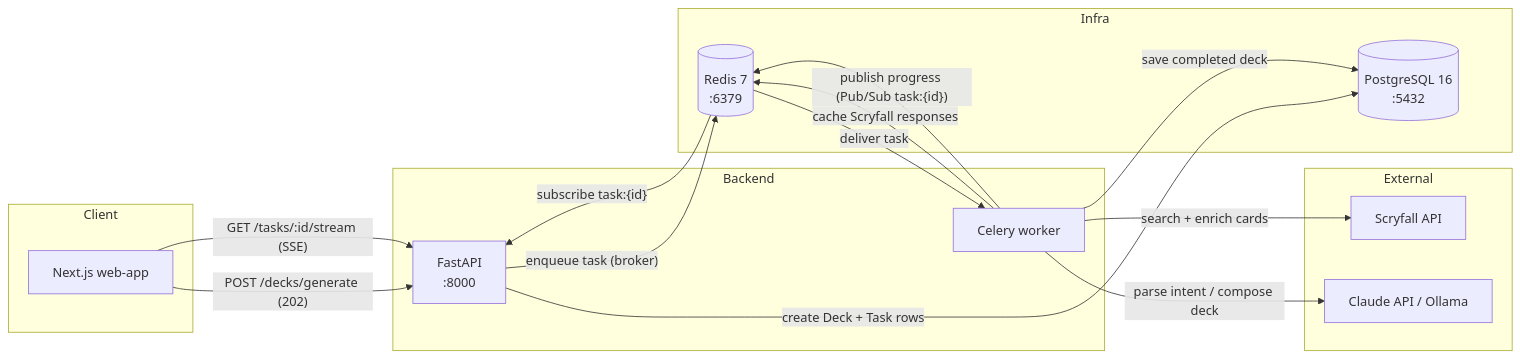
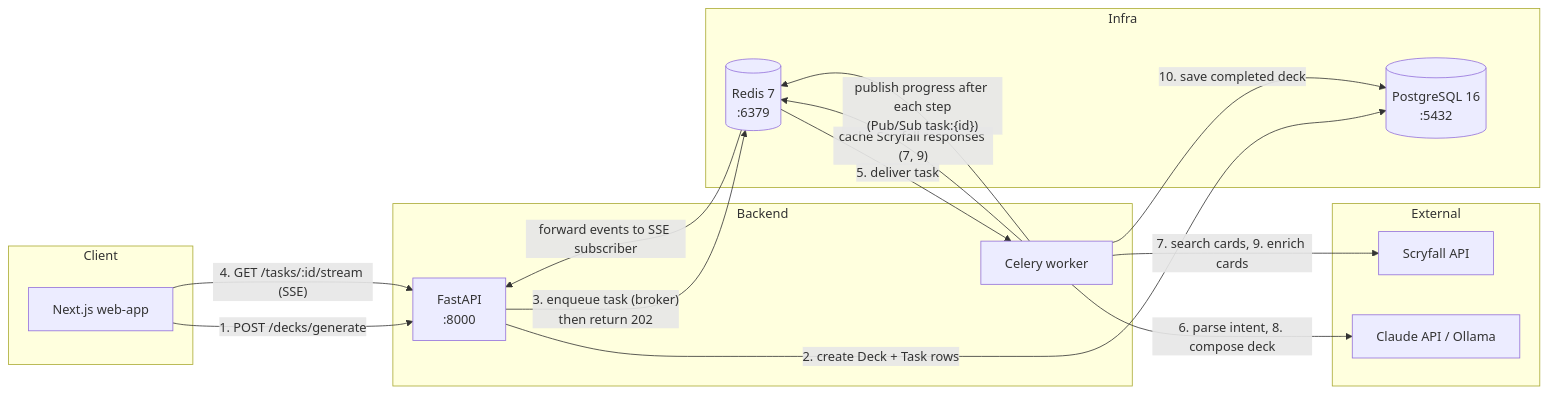
One commit to RobertGleison/magic-grimoire changed the first of 5 diagrams in apps/api-server/README.md. Above: the diagram before and after it, drawn with Mermaid. The commit also changed other lines of this file, not shown here.

Commit message:
docs: number architecture diagram steps and add ordered walkthrough
The flowchart showed connections but not chronology, making the event
order hard to follow. Number the edges 1-10 and add a step-by-step
walkthrough below the diagram.

````diff
--- a/apps/api-server/README.md
+++ b/apps/api-server/README.md
@@ -33,33 +33,33 @@
 ```mermaid
 flowchart LR
     subgraph Client
         FE[Next.js web-app]
     end
 
     subgraph Backend
         API[FastAPI<br/>:8000]
         W[Celery worker]
     end
 
     subgraph Infra
         PG[(PostgreSQL 16<br/>:5432)]
         RD[(Redis 7<br/>:6379)]
     end
 
     subgraph External
         LLM[Claude API / Ollama]
         SCRY[Scryfall API]
     end
 
-    FE -- "POST /decks/generate (202)" --> API
-    FE -- "GET /tasks/:id/stream (SSE)" --> API
-    API -- "create Deck + Task rows" --> PG
-    API -- "enqueue task (broker)" --> RD
-    RD -- "deliver task" --> W
-    W -- "parse intent / compose deck" --> LLM
-    W -- "search + enrich cards" --> SCRY
-    W -- "cache Scryfall responses" --> RD
-    W -- "publish progress (Pub/Sub task:{id})" --> RD
-    RD -- "subscribe task:{id}" --> API
-    W -- "save completed deck" --> PG
+    FE -- "1. POST /decks/generate" --> API
+    API -- "2. create Deck + Task rows" --> PG
+    API -- "3. enqueue task (broker)<br/>then return 202" --> RD
+    FE -- "4. GET /tasks/:id/stream (SSE)" --> API
+    RD -- "5. deliver task" --> W
+    W -- "6. parse intent, 8. compose deck" --> LLM
+    W -- "7. search cards, 9. enrich cards" --> SCRY
+    W -- "cache Scryfall responses (7, 9)" --> RD
+    W -- "publish progress after each step<br/>(Pub/Sub task:{id})" --> RD
+    RD -- "forward events to SSE subscriber" --> API
+    W -- "10. save completed deck" --> PG
 ```
````
